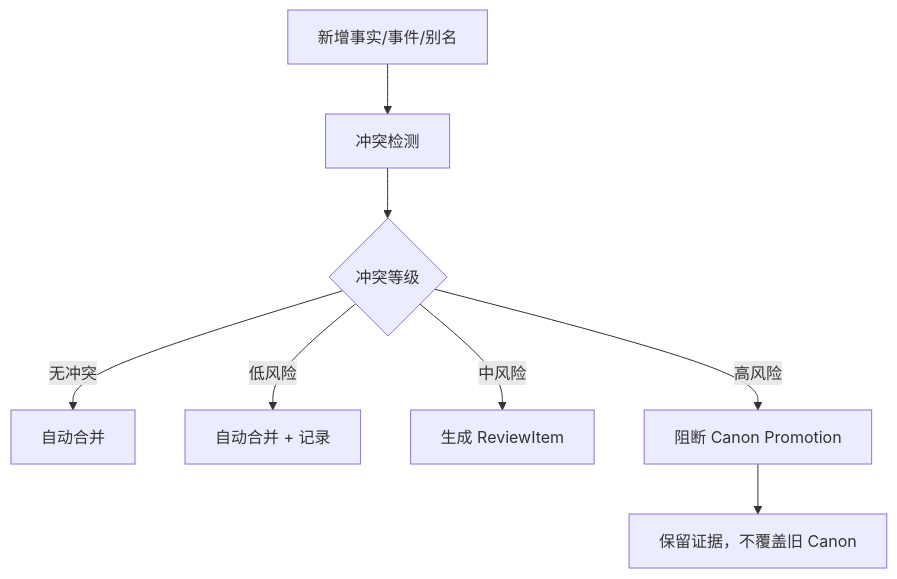
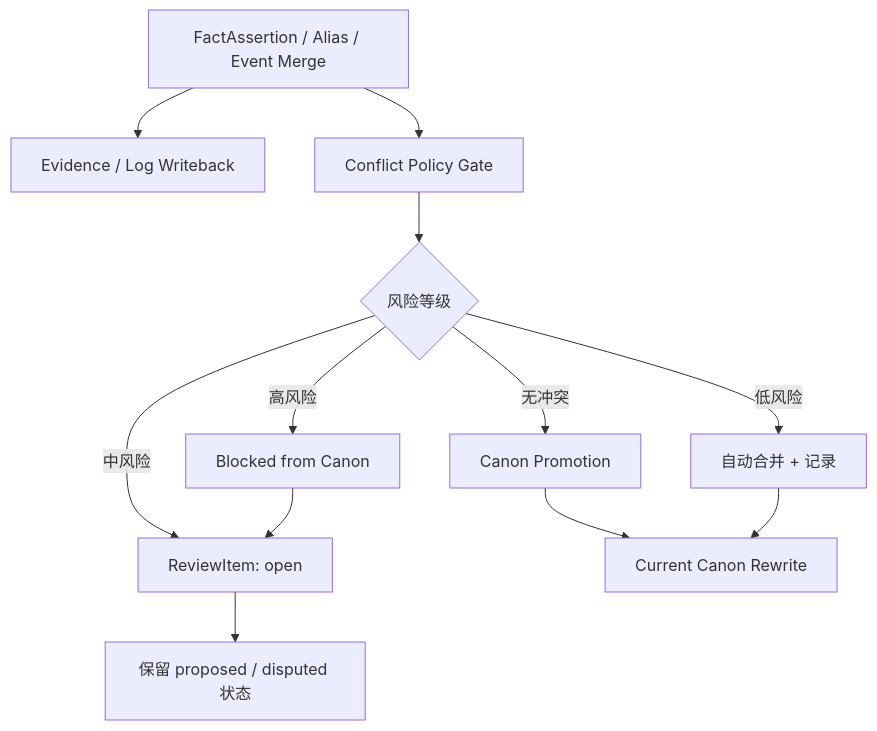
One commit to FrankQDWang/sextantlabs changed the first of 5 diagrams in goals/18-conflict-policy.md. Above: the diagram before and after it, drawn with Mermaid. The commit also changed other lines of this file, not shown here.

Commit message:
Clarify review item lifecycle and canon promotion gate

````diff
--- a/goals/18-conflict-policy.md
+++ b/goals/18-conflict-policy.md
@@ -20,10 +20,14 @@
 ```mermaid
 flowchart TD
-    A[新增事实/事件/别名] --> B[冲突检测]
-    B --> C{冲突等级}
-    C -->|无冲突| D[自动合并]
-    C -->|低风险| E[自动合并 + 记录]
-    C -->|中风险| F[生成 ReviewItem]
-    C -->|高风险| G[阻断 Canon Promotion]
-    G --> H[保留证据，不覆盖旧 Canon]
+    A[FactAssertion / Alias / Event Merge] --> B[Evidence / Log Writeback]
+    A --> C[Conflict Policy Gate]
+    C --> D{风险等级}
+    D -->|无冲突| E[Canon Promotion]
+    D -->|低风险| F[自动合并 + 记录]
+    D -->|中风险| G[ReviewItem: open]
+    D -->|高风险| H[Blocked from Canon]
+    H --> G
+    E --> I[Current Canon Rewrite]
+    F --> I
+    G --> J[保留 proposed / disputed 状态]
 ```
````
